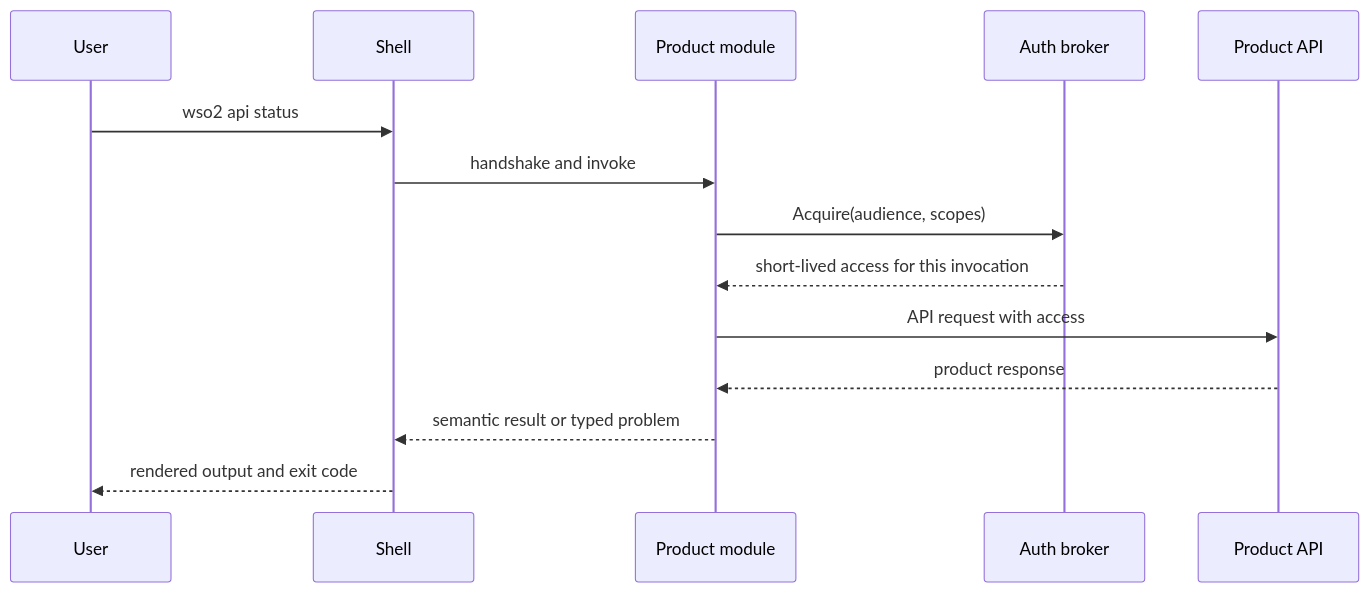
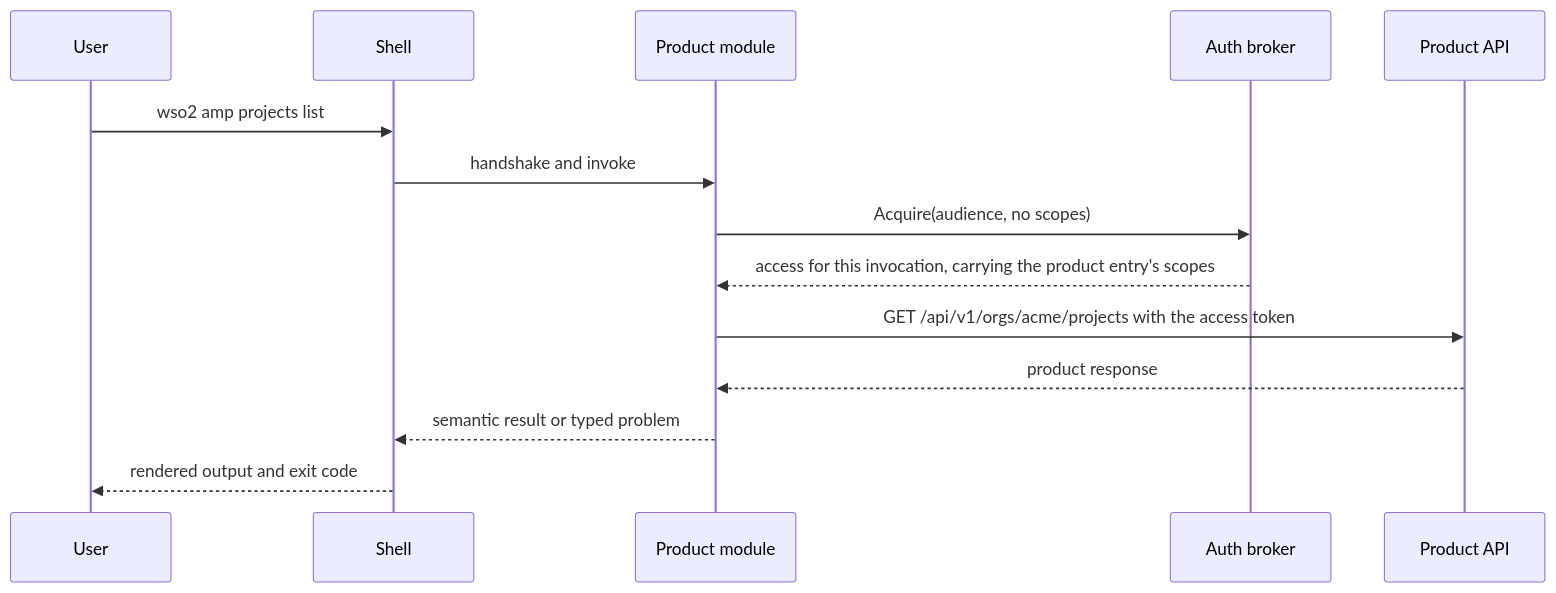
One commit to kanushka/wso2-cli changed the second of 3 diagrams in docs/guides/building-product-modules.md. Above: the diagram before and after it, drawn with Mermaid. The commit also changed other lines of this file and 24 other files, not shown here.

````diff
--- a/docs/guides/building-product-modules.md
+++ b/docs/guides/building-product-modules.md
@@ -358,17 +420,17 @@
 ```mermaid
 sequenceDiagram
     participant U as User
     participant S as Shell
     participant P as Product module
     participant B as Auth broker
     participant A as Product API
 
-    U->>S: wso2 api status
+    U->>S: wso2 amp projects list
     S->>P: handshake and invoke
-    P->>B: Acquire(audience, scopes)
-    B-->>P: short-lived access for this invocation
-    P->>A: API request with access
+    P->>B: Acquire(audience, no scopes)
+    B-->>P: access for this invocation, carrying the product entry's scopes
+    P->>A: GET /api/v1/orgs/acme/projects with the access token
     A-->>P: product response
     P-->>S: semantic result or typed problem
     S-->>U: rendered output and exit code
 ```
````
